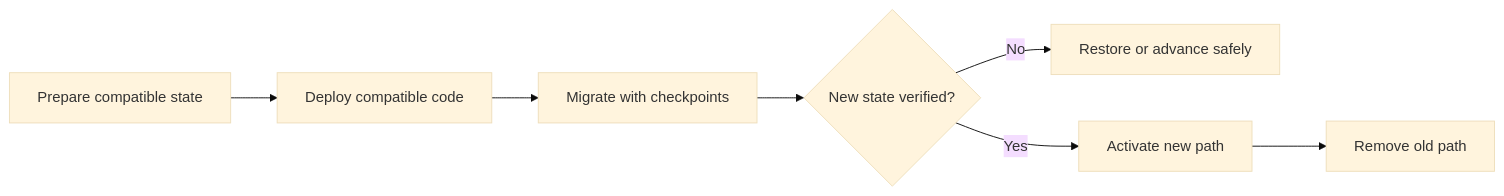
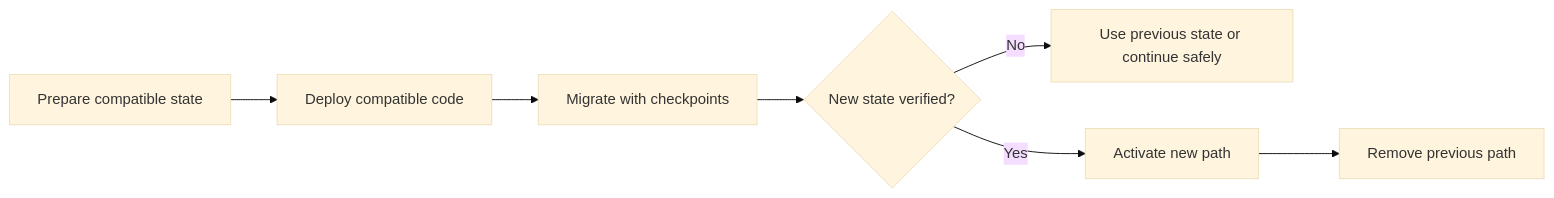
Before and after one commit to HomericIntelligence/Athena: the diagram in docs/principles/details/p021-evolutionary-and-reversible-design.md, drawn with Mermaid (base theme). The commit also changed other lines of this file and 91 other files, not shown here.

````diff
--- a/docs/principles/details/p021-evolutionary-and-reversible-design.md
+++ b/docs/principles/details/p021-evolutionary-and-reversible-design.md
@@ -37,9 +36,9 @@
 ```mermaid
 flowchart LR
     Prepare["Prepare compatible state"] --> Deploy["Deploy compatible code"]
     Deploy --> Migrate["Migrate with checkpoints"]
     Migrate --> Verify{"New state verified?"}
-    Verify -->|No| Restore["Restore or advance safely"]
+    Verify -->|No| Restore["Use previous state or continue safely"]
     Verify -->|Yes| Activate["Activate new path"]
-    Activate --> Cleanup["Remove old path"]
+    Activate --> Cleanup["Remove previous path"]
 ```
````
